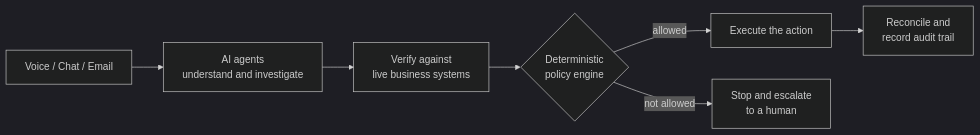
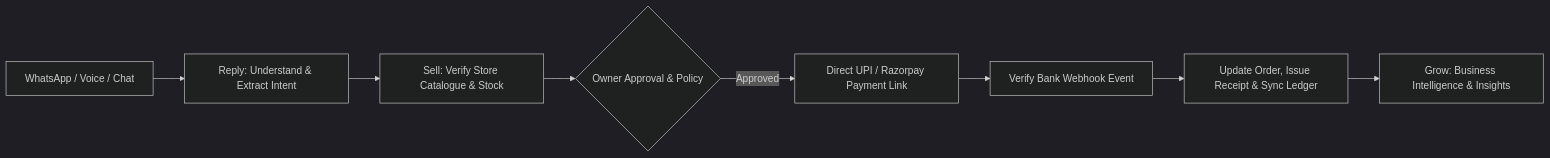
One commit to Anarva-systems/Pulsar_Ai changed the diagram in README.md. Above: the diagram before and after it, drawn with Mermaid (dark theme). The commit also changed other lines of this file and 10 other files, not shown here.

````diff
--- a/README.md
+++ b/README.md
@@ -90,9 +82,10 @@
 ```mermaid
 flowchart LR
-    A[Voice / Chat / Email] --> B[AI agents<br/>understand and investigate]
-    B --> C[Verify against<br/>live business systems]
-    C --> D{Deterministic<br/>policy engine}
-    D -- allowed --> E[Execute the action]
-    D -- not allowed --> F[Stop and escalate<br/>to a human]
-    E --> G[Reconcile and<br/>record audit trail]
+    A[WhatsApp / Voice / Chat] --> B[Reply: Understand & Extract Intent]
+    B --> C[Sell: Verify Store Catalogue & Stock]
+    C --> D{Owner Approval & Policy}
+    D -- Approved --> E[Direct UPI / Razorpay Payment Link]
+    E --> F[Verify Bank Webhook Event]
+    F --> G[Update Order, Issue Receipt & Sync Ledger]
+    G --> H[Grow: Business Intelligence & Insights]
 ```
````
